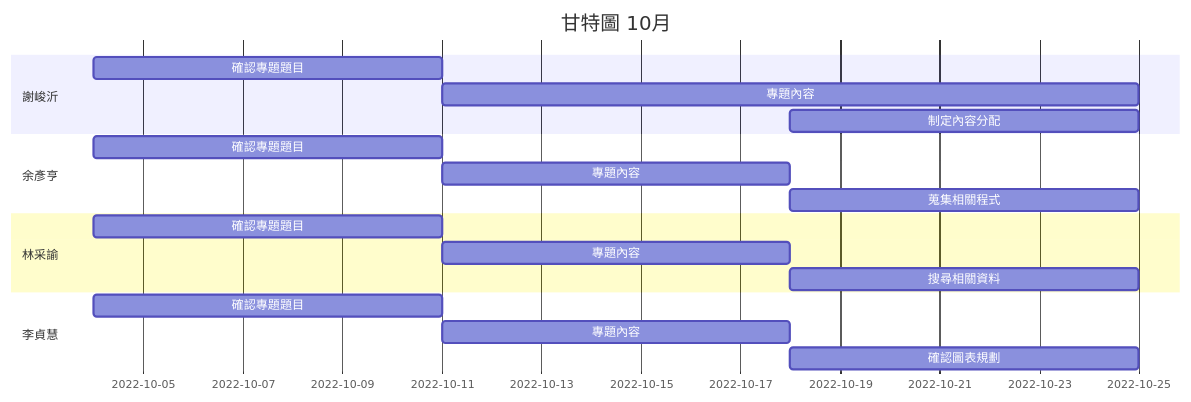
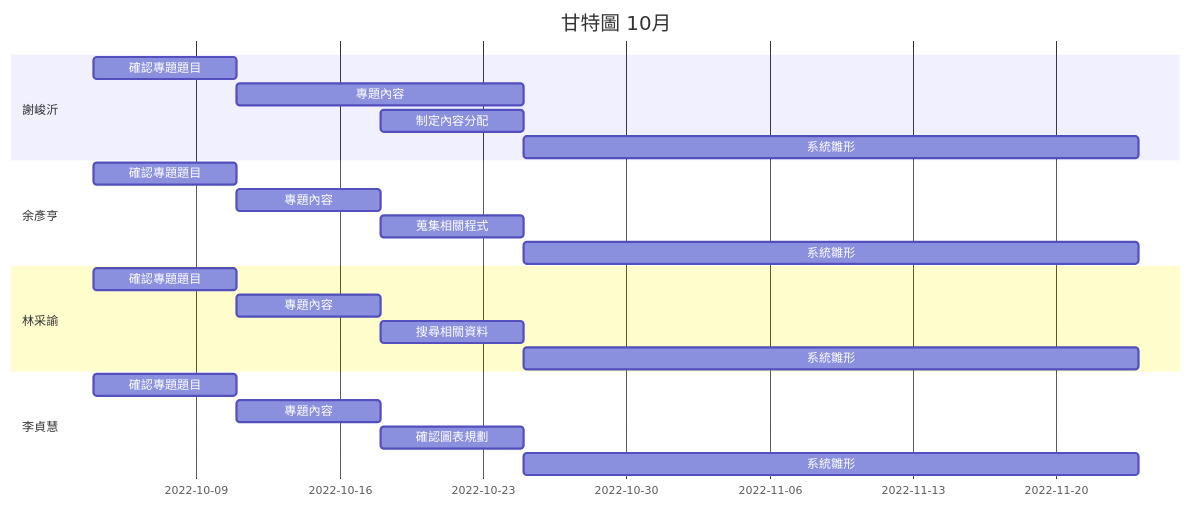
One commit to Jimmy1016/Group_14 changed the diagram in README.md. Above: the diagram before and after it, drawn with Mermaid.

````diff
--- a/README.md
+++ b/README.md
@@ -30,24 +30,24 @@
 ```mermaid
 gantt
     title 甘特圖 10月
     section 謝峻沂
     確認專題題目:a1, 2022-10-04, 7d
     專題內容:a2,2022-10-11, 14d
     制定內容分配:a3,2022-10-18,7d
-    
+    系統雛形:after a3,30d
     section 余彥亨
     確認專題題目:a1, 2022-10-04, 7d
     專題內容:after a1, 7d
     蒐集相關程式:a3,2022-10-18,7d
-    
+    系統雛形:after a3,30d
     section 林采諭
     確認專題題目:a1, 2022-10-04, 7d
     專題內容:after a1, 7d
     搜尋相關資料:a3,2022-10-18,7d
-    
+    系統雛形:after a3,30d
     section 李貞慧
     確認專題題目:a1, 2022-10-04, 7d
     專題內容:after a1, 7d
     確認圖表規劃:a3,2022-10-18,7d
-    
+    系統雛形:after a3,30d
 ```
````
